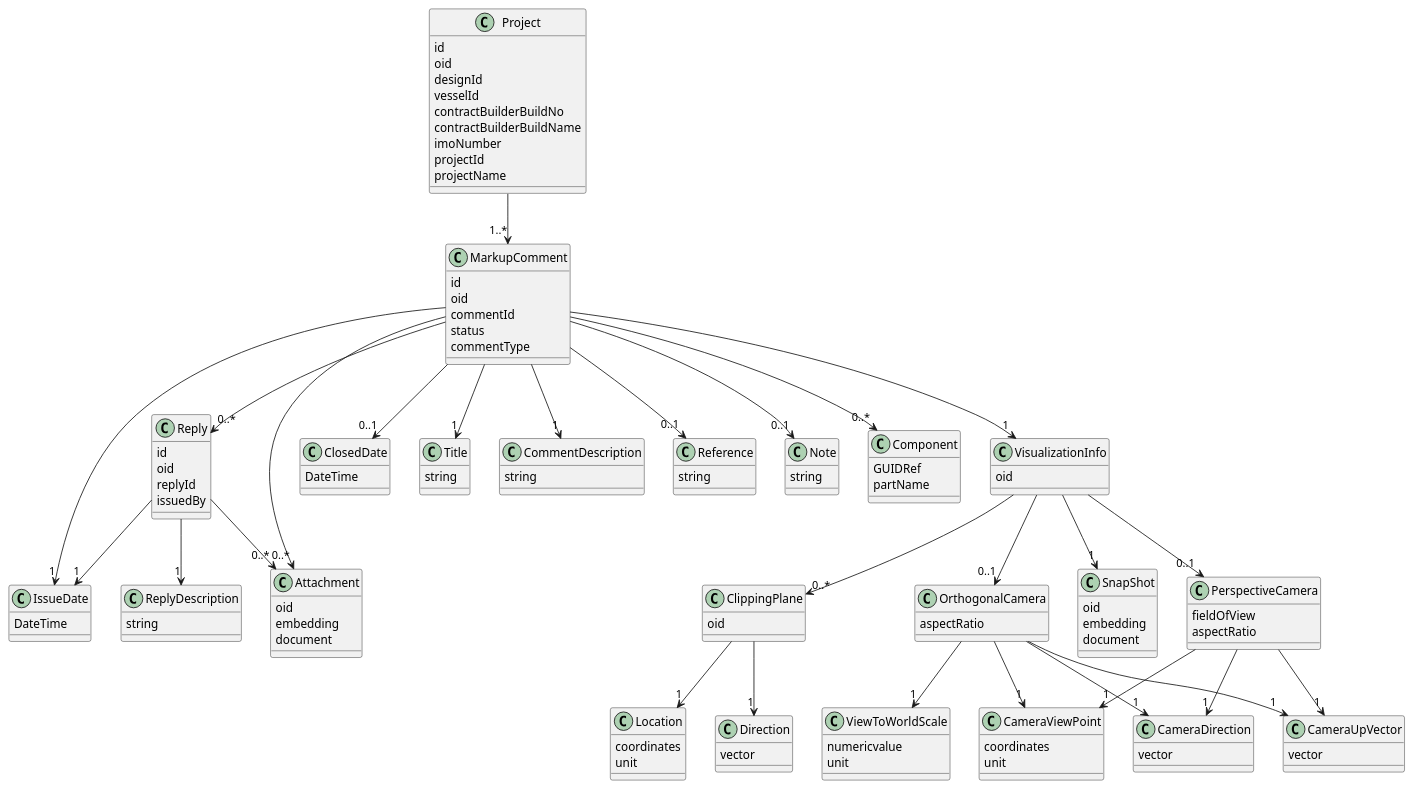
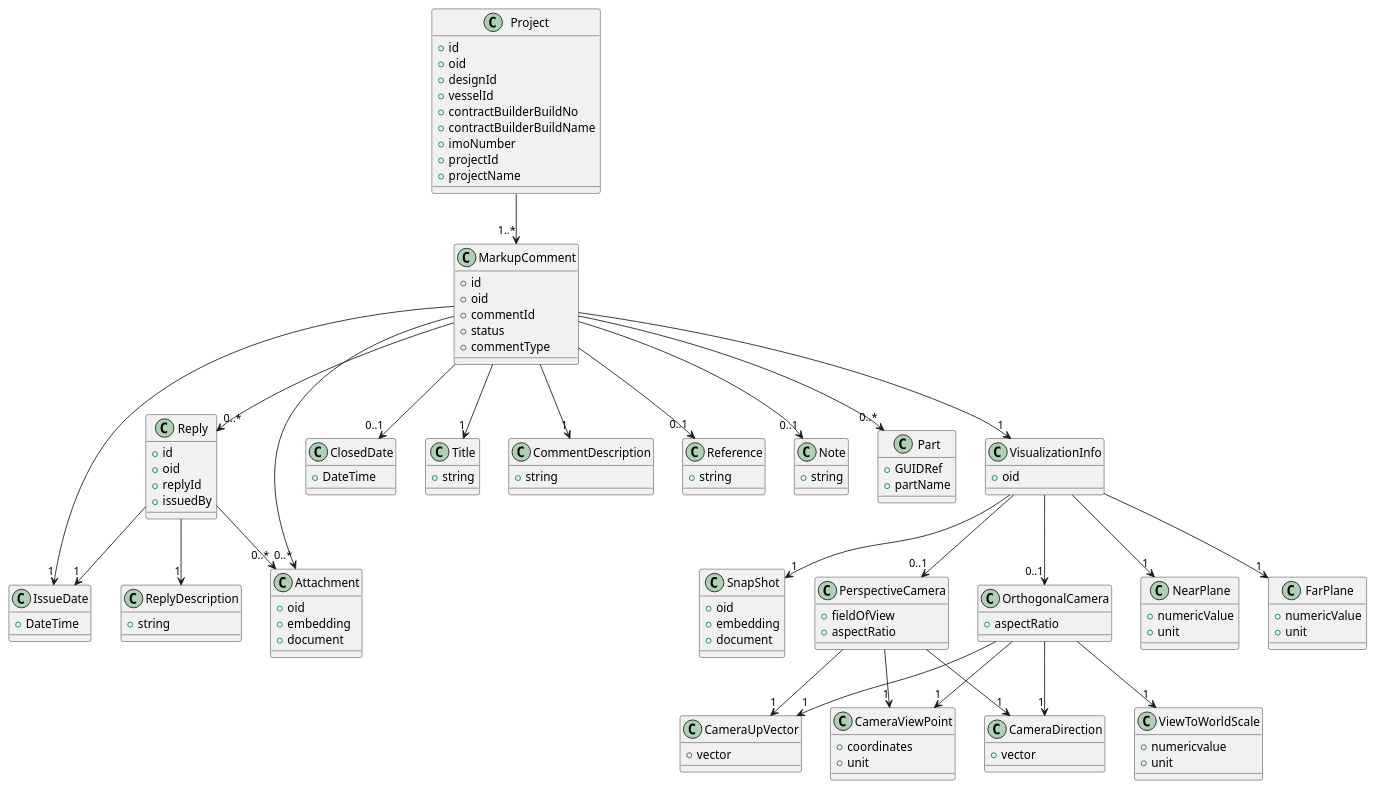
The diagram in UML/ocx_comments.puml (OCXStandard/ocx-extension-comments), drawn with PlantUML before and after one commit. The commit also changed 2 other files, not shown here.

Commit message:
Removed ClippingPlane and replaced with NearPlane, FarePlane distance

```diff
--- a/UML/ocx_comments.puml
+++ b/UML/ocx_comments.puml
@@ -1,141 +1,139 @@
 @startuml
 
 class Project {
-    id
-    oid
-    designId
-    vesselId
-    contractBuilderBuildNo
-    contractBuilderBuildName
-    imoNumber
-    projectId
-    projectName
+    +id
+    +oid
+    +designId
+    +vesselId
+    +contractBuilderBuildNo
+    +contractBuilderBuildName
+    +imoNumber
+    +projectId
+    +projectName
 }
 
 
 class MarkupComment {
-    id
-    oid
-    commentId
-    status
-    commentType
+    +id
+    +oid
+    +commentId
+    +status
+    +commentType
 }
 
 
 class IssueDate {
-    DateTime
+    +DateTime
 }
 class ClosedDate {
-    DateTime
+    +DateTime
 }
 class Title {
-    string
+    +string
 }
 class CommentDescription {
-    string
+    +string
 }
 class Reference {
-    string
+    +string
 }
 class Note {
-    string
+    +string
 }
 
-class Component {
-    GUIDRef
-    partName
+class Part {
+    +GUIDRef
+    +partName
 }
 
 
 class Attachment {
-    oid
-    embedding
-    document
+    +oid
+    +embedding
+    +document
 }
 
 
 class Reply {
-    id
-    oid
-    replyId
-    issuedBy
+    +id
+    +oid
+    +replyId
+    +issuedBy
 }
 
 class ReplyDescription {
-    string
+    +string
 }
 
 class VisualizationInfo {
-    oid
+    +oid
 }
 
 class OrthogonalCamera {
-    aspectRatio
+    +aspectRatio
 }
 class CameraViewPoint {
-    coordinates
-    unit
+    +coordinates
+    +unit
 }
 class CameraDirection {
-    vector
+    +vector
 }
 class CameraUpVector {
-    vector
+    +vector
 }
 class ViewToWorldScale {
-    numericvalue
-    unit
+    +numericvalue
+    +unit
 }
 
 class PerspectiveCamera {
-    fieldOfView
-    aspectRatio
+    +fieldOfView
+    +aspectRatio
 }
 
-class ClippingPlane {
-    oid
+class NearPlane {
+    + numericValue
+    + unit
 }
 
-class Location {
-    coordinates
-    unit
-}
-class Direction {
-    vector
+class FarPlane {
+    + numericValue
+    + unit
 }
 
+
 class SnapShot {
-    oid
-    embedding
-    document
+    +oid
+    +embedding
+    +document
 }
 
 Project --> "1..*" MarkupComment
 MarkupComment --> "1" IssueDate
 MarkupComment --> "0..1" ClosedDate
 MarkupComment --> "1" Title
 MarkupComment --> "1" CommentDescription
 MarkupComment --> "0..1" Reference
 MarkupComment --> "0..1" Note
 MarkupComment --> "0..*" Attachment
 MarkupComment --> "0..*" Reply
-MarkupComment --> "0..*" Component
+MarkupComment --> "0..*" Part
 Reply --> "1" ReplyDescription
 Reply --> "1" IssueDate
 Reply --> "0..*" Attachment
 MarkupComment --> "1" VisualizationInfo
 VisualizationInfo --> "0..1" OrthogonalCamera
 VisualizationInfo --> "0..1" PerspectiveCamera
-VisualizationInfo --> "0..*" ClippingPlane
+VisualizationInfo --> "1" NearPlane
+VisualizationInfo --> "1" FarPlane
 OrthogonalCamera --> "1" CameraViewPoint
 OrthogonalCamera --> "1" CameraDirection
 OrthogonalCamera --> "1" CameraUpVector
 OrthogonalCamera --> "1" ViewToWorldScale
 PerspectiveCamera --> "1" CameraViewPoint
 PerspectiveCamera --> "1" CameraDirection
 PerspectiveCamera --> "1" CameraUpVector
-ClippingPlane --> "1" Location
-ClippingPlane --> "1" Direction
 VisualizationInfo --> "1" SnapShot
 
 @enduml
```
